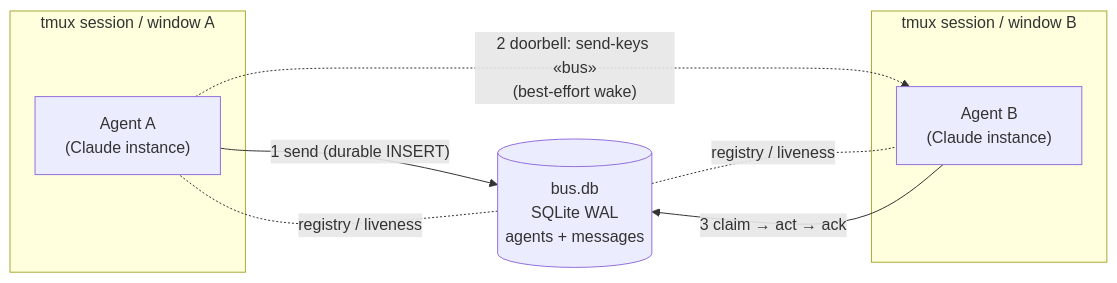
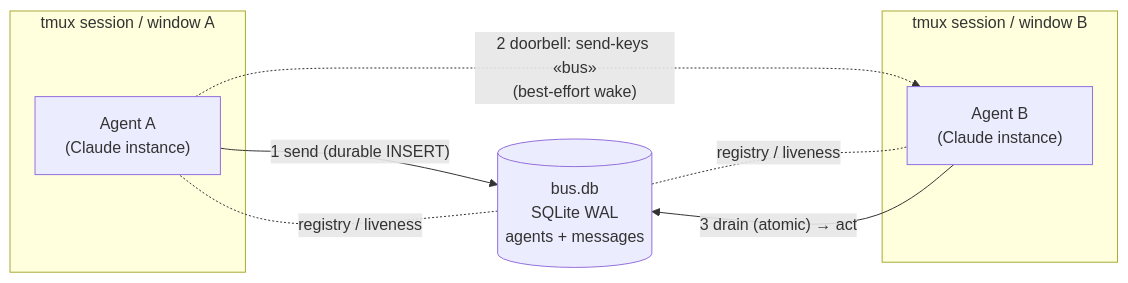
The first of 2 diagrams in README.md (NikiforovAll/tmux-message-bus), drawn with Mermaid before and after one commit. The commit also changed other lines of this file and 10 other files, not shown here.

First line of the commit message:
feat(bus): atomic drain, Windows doorbell fix, reply-aware framing

````diff
--- a/README.md
+++ b/README.md
@@ -13,18 +13,18 @@
 ```mermaid
 flowchart LR
     subgraph hostA["tmux session / window A"]
         A["Agent A<br/>(Claude instance)"]
     end
     subgraph hostB["tmux session / window B"]
         B["Agent B<br/>(Claude instance)"]
     end
 
     DB[("bus.db<br/>SQLite WAL<br/>agents + messages")]
 
     A -- "1 send (durable INSERT)" --> DB
     A -. "2 doorbell: send-keys «bus»<br/>(best-effort wake)" .-> B
-    B -- "3 claim → act → ack" --> DB
+    B -- "3 drain (atomic) → act" --> DB
 
     DB -. registry / liveness .- A
     DB -. registry / liveness .- B
 ```
````
